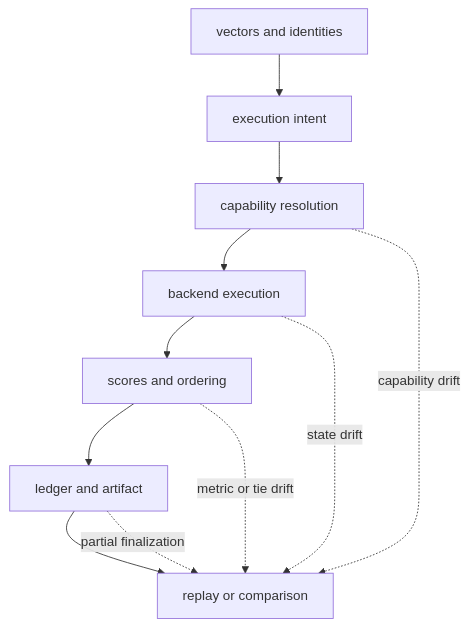
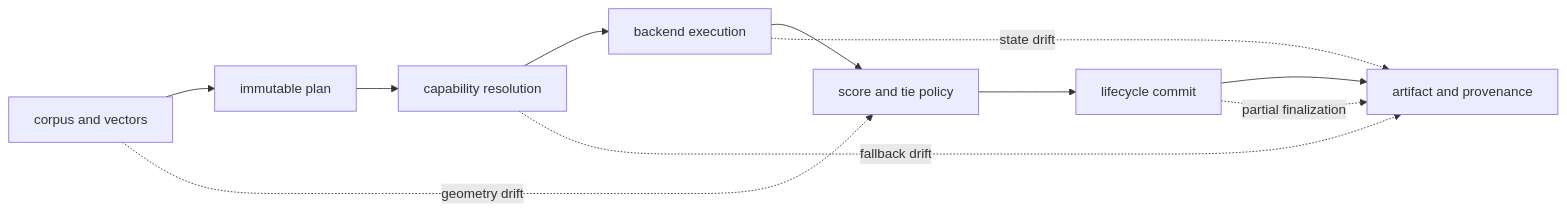
The first of 2 diagrams in docs/03-bijux-canon-index/quality/risk-register.md (bijux/bijux-canon), drawn with Mermaid before and after one commit. The commit also changed other lines of this file and 1 other file, not shown here.

````diff
--- a/docs/03-bijux-canon-index/quality/risk-register.md
+++ b/docs/03-bijux-canon-index/quality/risk-register.md
@@ -19,16 +19,14 @@
 ```mermaid
-flowchart TD
-    vectors["vectors and identities"]
-    intent["execution intent"]
-    resolve["capability resolution"]
-    backend["backend execution"]
-    rank["scores and ordering"]
-    record["ledger and artifact"]
-    replay["replay or comparison"]
+flowchart LR
+    corpus["corpus and vectors"] --> plan["immutable plan"]
+    plan --> capability["capability resolution"]
+    capability --> execution["backend execution"]
+    execution --> ranking["score and tie policy"]
+    ranking --> commit["lifecycle commit"]
+    commit --> artifact["artifact and provenance"]
 
-    vectors --> intent --> resolve --> backend --> rank --> record --> replay
-    resolve -. "capability drift" .-> replay
-    backend -. "state drift" .-> replay
-    rank -. "metric or tie drift" .-> replay
-    record -. "partial finalization" .-> replay
+    corpus -. "geometry drift" .-> ranking
+    capability -. "fallback drift" .-> artifact
+    execution -. "state drift" .-> artifact
+    commit -. "partial finalization" .-> artifact
 ```
````
